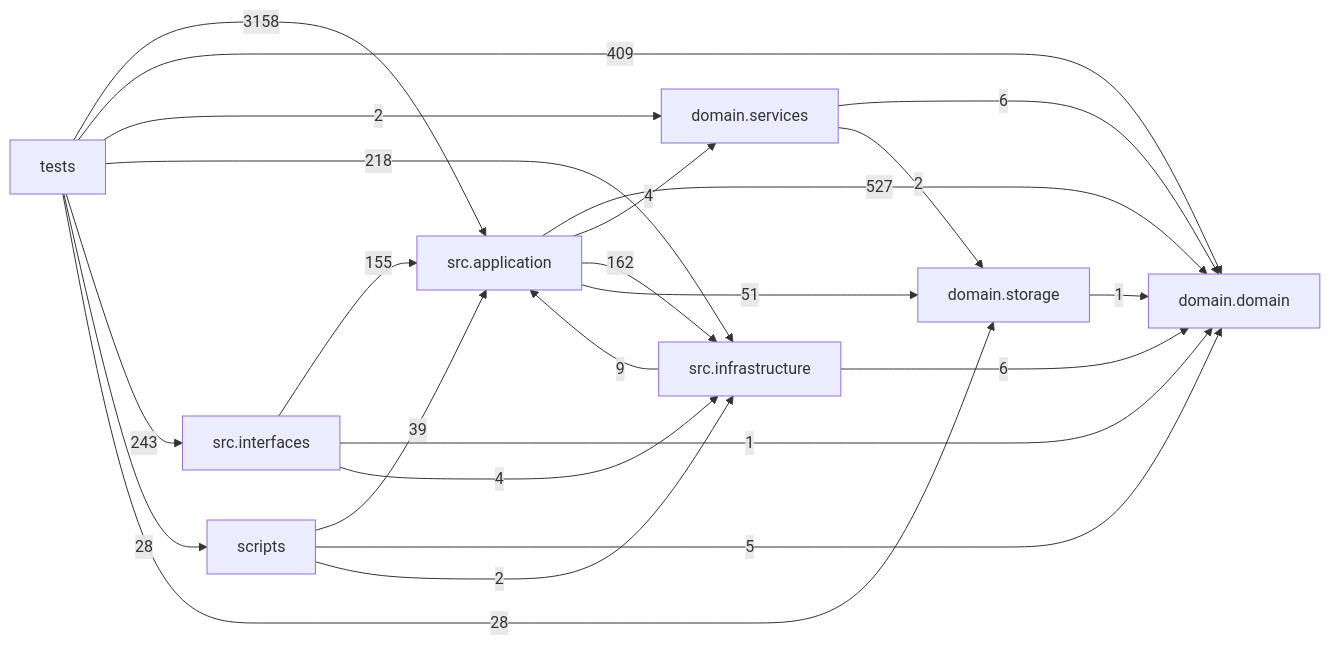
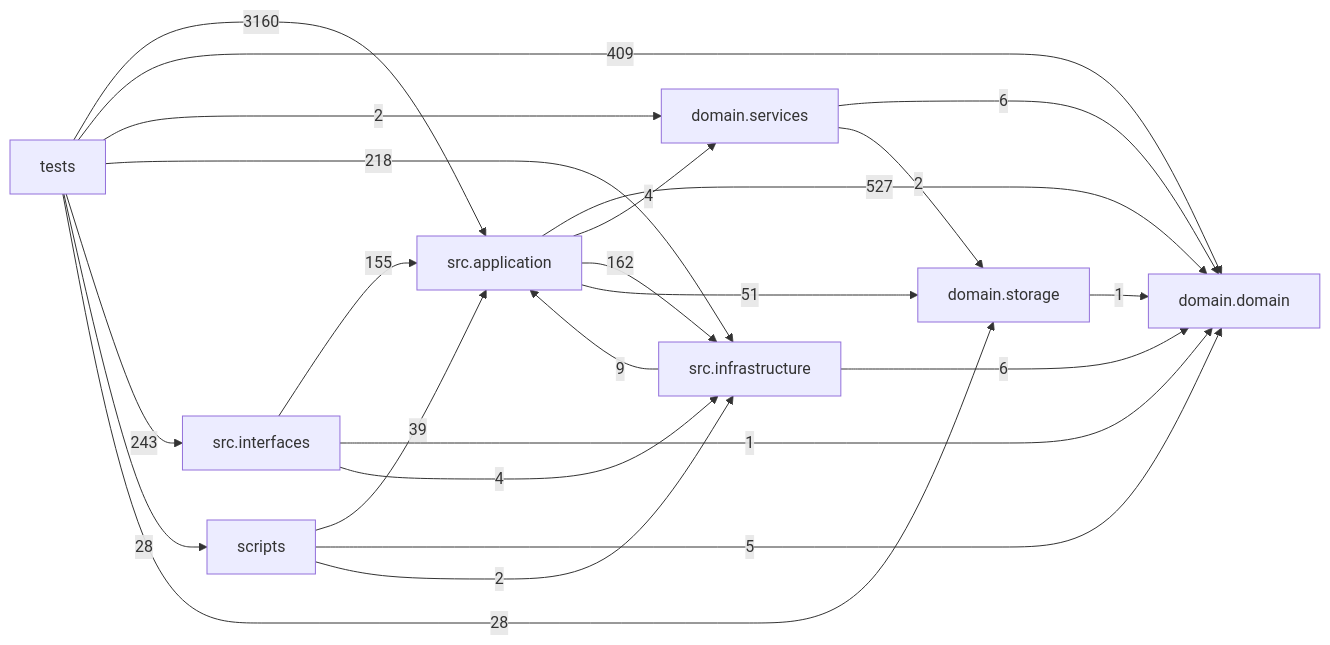
One commit to liuxie066/options-monitor changed the diagram in docs/DEPENDENCY_GRAPH.md. Above: the diagram before and after it, drawn with Mermaid. The commit also changed other lines of this file and 3 other files, not shown here.

````diff
--- a/docs/DEPENDENCY_GRAPH.md
+++ b/docs/DEPENDENCY_GRAPH.md
@@ -24,33 +24,33 @@
 ```mermaid
 flowchart LR
   tests["tests"]
   scripts["scripts"]
   interfaces["src.interfaces"]
   application["src.application"]
   infrastructure["src.infrastructure"]
   domain_services["domain.services"]
   domain["domain.domain"]
   storage["domain.storage"]
   application -->|527| domain
   application -->|4| domain_services
   application -->|162| infrastructure
   application -->|51| storage
   domain_services -->|6| domain
   domain_services -->|2| storage
   infrastructure -->|9| application
   infrastructure -->|6| domain
   interfaces -->|155| application
   interfaces -->|1| domain
   interfaces -->|4| infrastructure
   scripts -->|39| application
   scripts -->|5| domain
   scripts -->|2| infrastructure
   storage -->|1| domain
-  tests -->|3158| application
+  tests -->|3160| application
   tests -->|409| domain
   tests -->|2| domain_services
   tests -->|218| infrastructure
   tests -->|243| interfaces
   tests -->|28| scripts
   tests -->|28| storage
 ```
````
